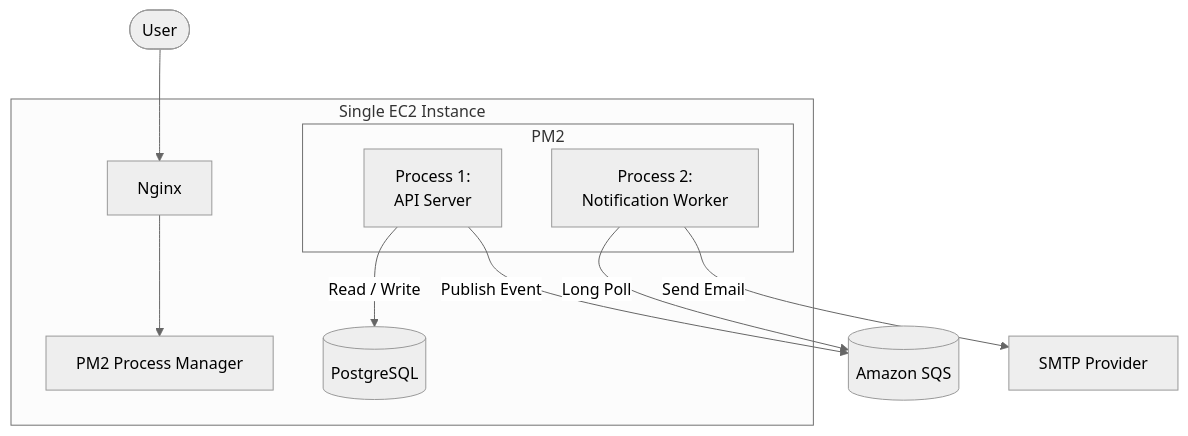
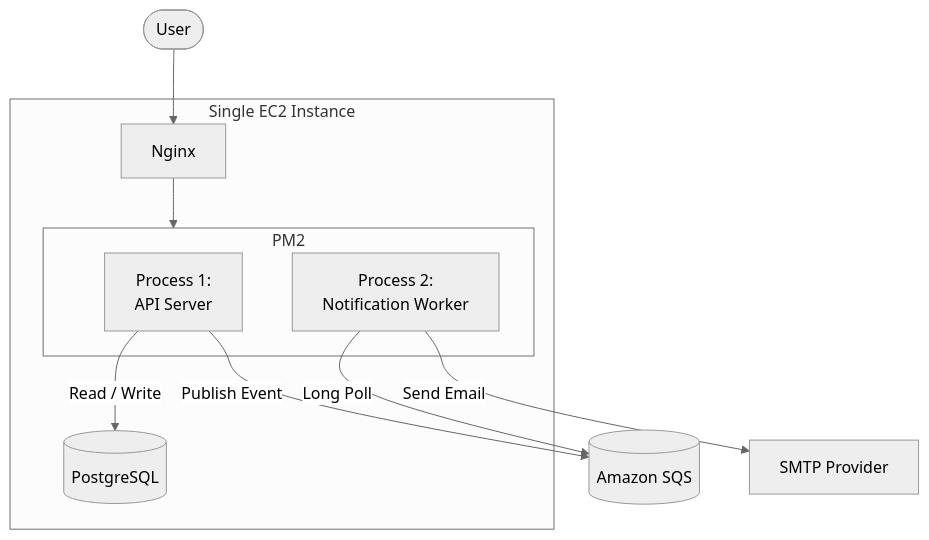
Before and after one commit to AmbyHasan/HMS: the first of 8 diagrams in docs/04-Scaling-Design.md, drawn with Mermaid (neutral theme).

Commit message:
Fix scaling doc

````diff
--- a/docs/04-Scaling-Design.md
+++ b/docs/04-Scaling-Design.md
@@ -7,22 +7,22 @@
 ```mermaid
 flowchart TB
     User([User]) --> Nginx[Nginx]
 
     subgraph EC2["Single EC2 Instance"]
 
-        Nginx --> PM2["PM2 Process Manager"]
+        Nginx --> PM2Processes["PM2"]
 
         subgraph PM2Processes["PM2"]
             API["Process 1:<br/>API Server"]
             Worker["Process 2:<br/>Notification Worker"]
         end
 
         PG[(PostgreSQL)]
 
         API -->|Read / Write| PG
     end
 
     API -->|Publish Event| SQS[(Amazon SQS)]
     Worker -->|Long Poll| SQS
     Worker -->|Send Email| SMTP[SMTP Provider]
 ```
````
